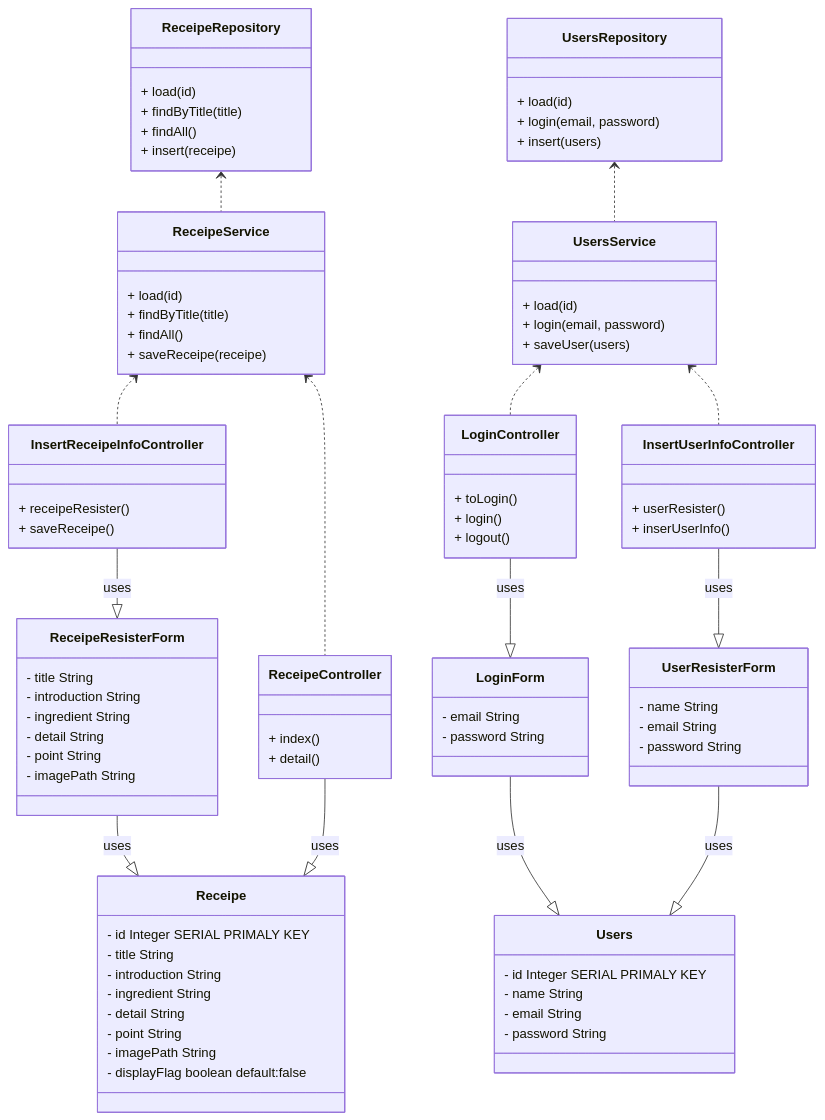
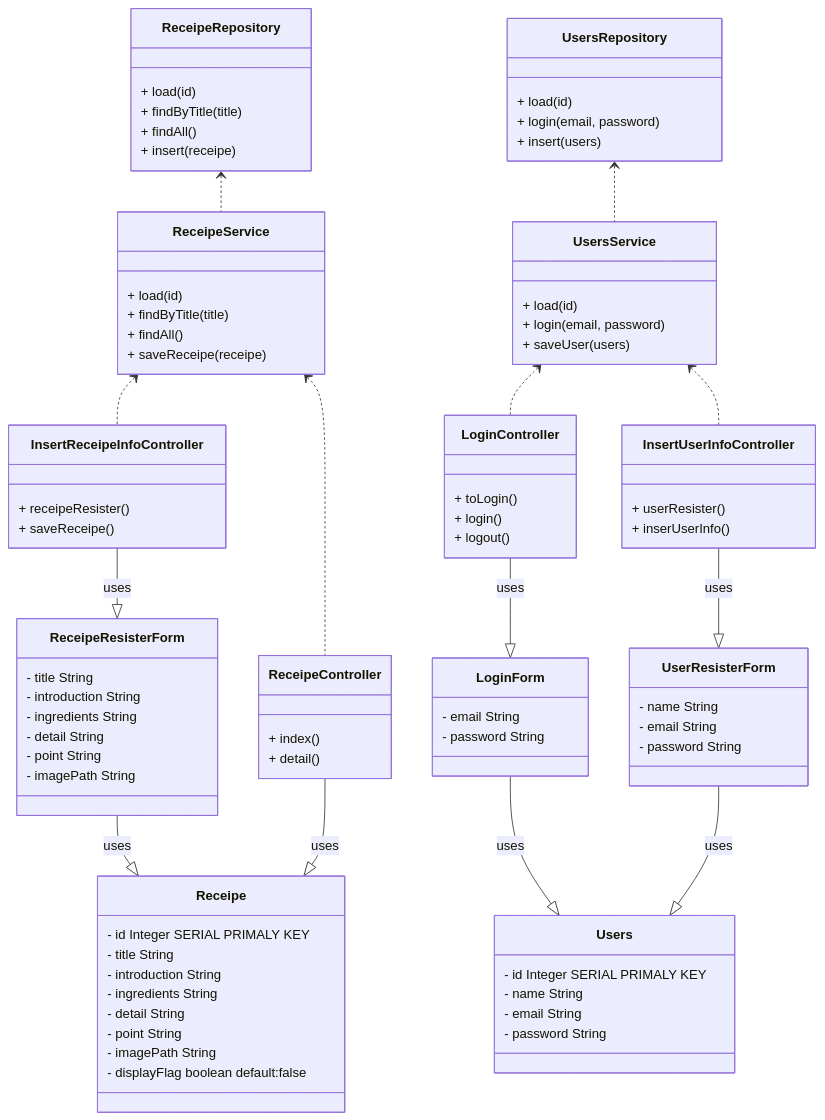
The diagram in docs/class.md (mykkr1122/recipe-site), drawn with Mermaid before and after one commit. The commit also changed 30 other files, not shown here.

```diff
--- a/docs/class.md
+++ b/docs/class.md
@@ -5,7 +5,7 @@
         - id Integer SERIAL PRIMALY KEY
         - title String
         - introduction String
-        - ingredient String
+        - ingredients String
         - detail String
         - point String
         - imagePath String
@@ -59,7 +59,7 @@
     class ReceipeResisterForm {
         - title String
         - introduction String
-        - ingredient String
+        - ingredients String
         - detail String
         - point String
         - imagePath String
```
